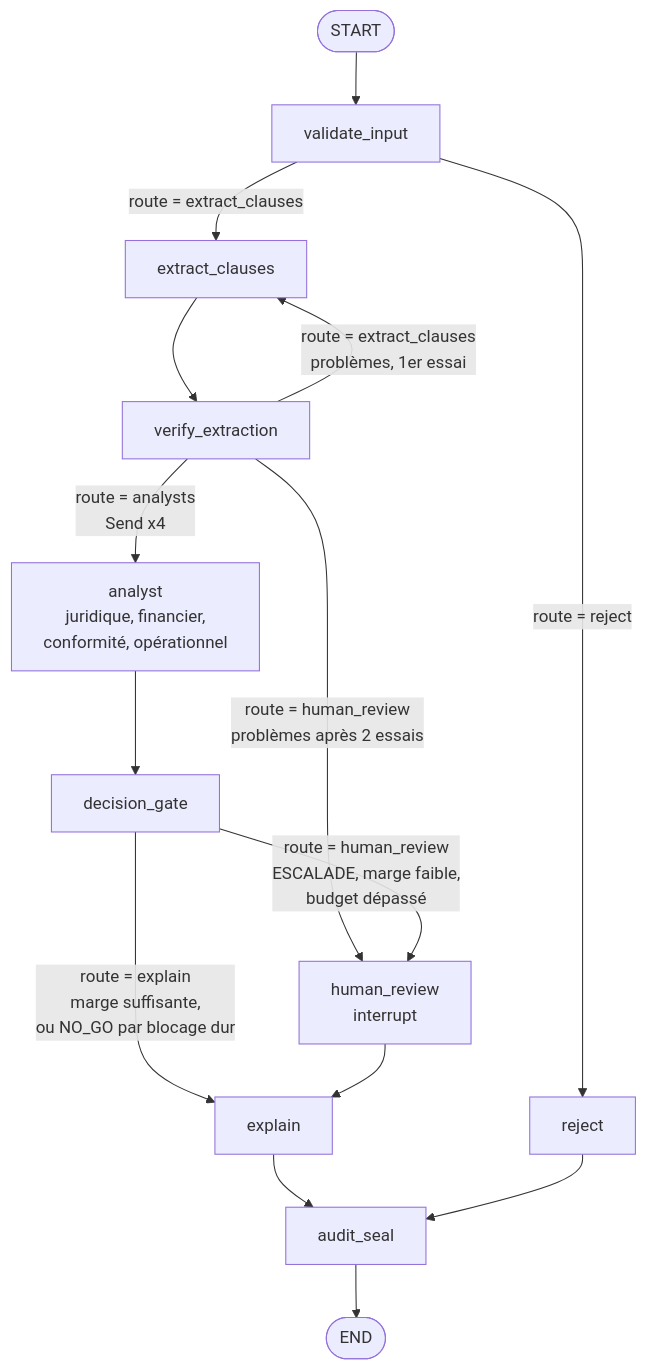
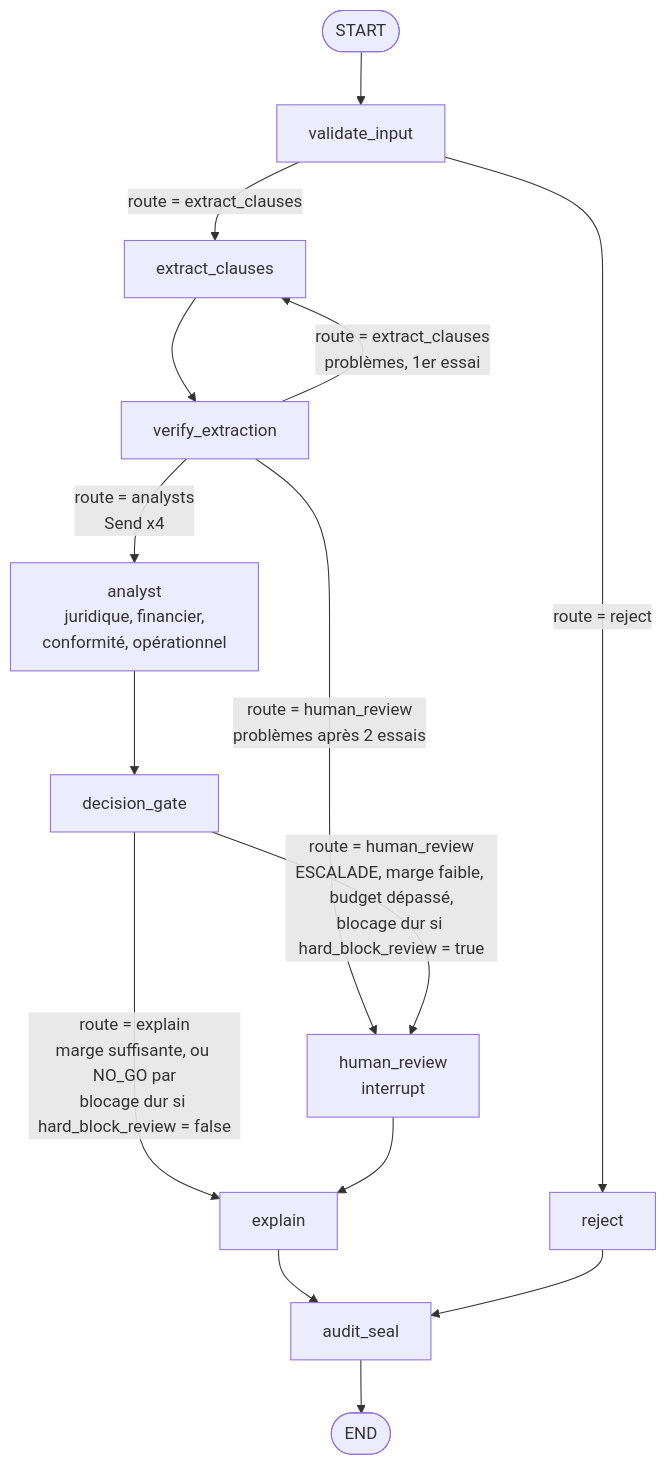
One commit to sifir-gun/contract-decision-graph changed the diagram in docs/spec-phase1.md. Above: the diagram before and after it, drawn with Mermaid. The commit also changed other lines of this file and 7 other files, not shown here.

First line of the commit message:
J2 : hard_block_review, critère n° 12 atteignable dans le graphe

````diff
--- a/docs/spec-phase1.md
+++ b/docs/spec-phase1.md
@@ -38,17 +38,17 @@
 ```mermaid
 flowchart TD
     S([START]) --> V[validate_input]
     V -->|route = reject| R[reject]
     V -->|route = extract_clauses| X[extract_clauses]
     X --> VX[verify_extraction]
     VX -->|route = extract_clauses<br/>problèmes, 1er essai| X
     VX -->|route = human_review<br/>problèmes après 2 essais| H
     VX -->|route = analysts<br/>Send x4| A[analyst<br/>juridique, financier,<br/>conformité, opérationnel]
     A --> G[decision_gate]
-    G -->|route = explain<br/>marge suffisante,<br/>ou NO_GO par blocage dur| E[explain]
-    G -->|route = human_review<br/>ESCALADE, marge faible,<br/>budget dépassé| H[human_review<br/>interrupt]
+    G -->|route = explain<br/>marge suffisante, ou NO_GO par<br/>blocage dur si hard_block_review = false| E[explain]
+    G -->|route = human_review<br/>ESCALADE, marge faible, budget dépassé,<br/>blocage dur si hard_block_review = true| H[human_review<br/>interrupt]
     H --> E
     E --> AU[audit_seal]
     AU --> F([END])
     R --> AU
 ```
````
